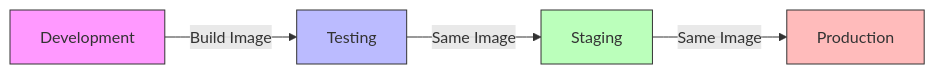
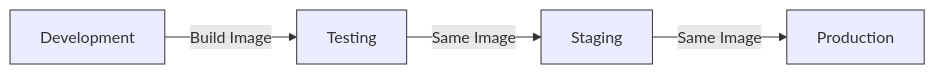
The fourth of 4 diagrams in README.md (ashishjangde/Docker), drawn with Mermaid before and after one commit. The commit also changed other lines of this file and 1 other file, not shown here.

Commit message:
fixed the graphs

````diff
--- a/README.md
+++ b/README.md
@@ -142,11 +155,11 @@
 ```mermaid
 graph LR
     DEV[Development] -->|Build Image| TEST[Testing]
     TEST -->|Same Image| STAGE[Staging]
     STAGE -->|Same Image| PROD[Production]
     
-    style DEV fill:#f9f,stroke:#333
-    style TEST fill:#bbf,stroke:#333
-    style STAGE fill:#bfb,stroke:#333
-    style PROD fill:#fbb,stroke:#333
+    style DEV fill:#fffff,stroke:#333
+    style TEST fill:#fffff,stroke:#333
+    style STAGE fill:#fffff,stroke:#333
+    style PROD fill:#fffff,stroke:#333
 ```
````
